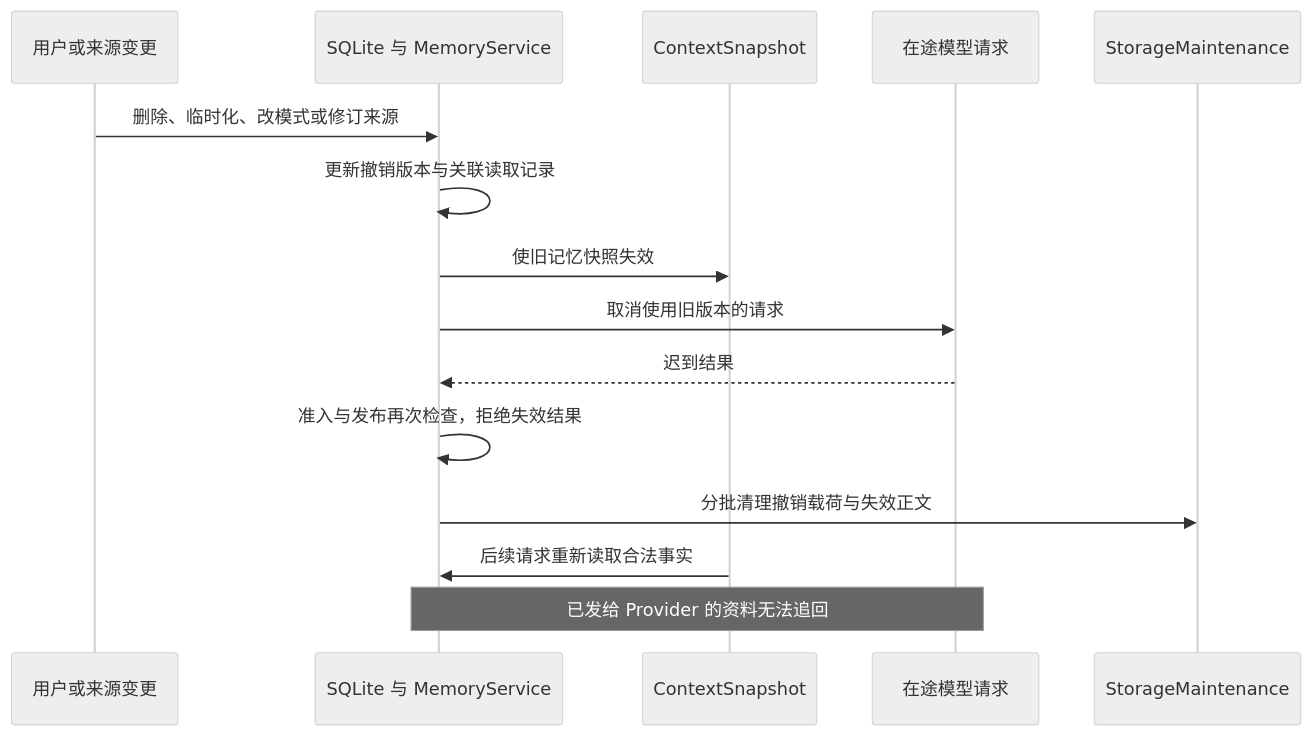
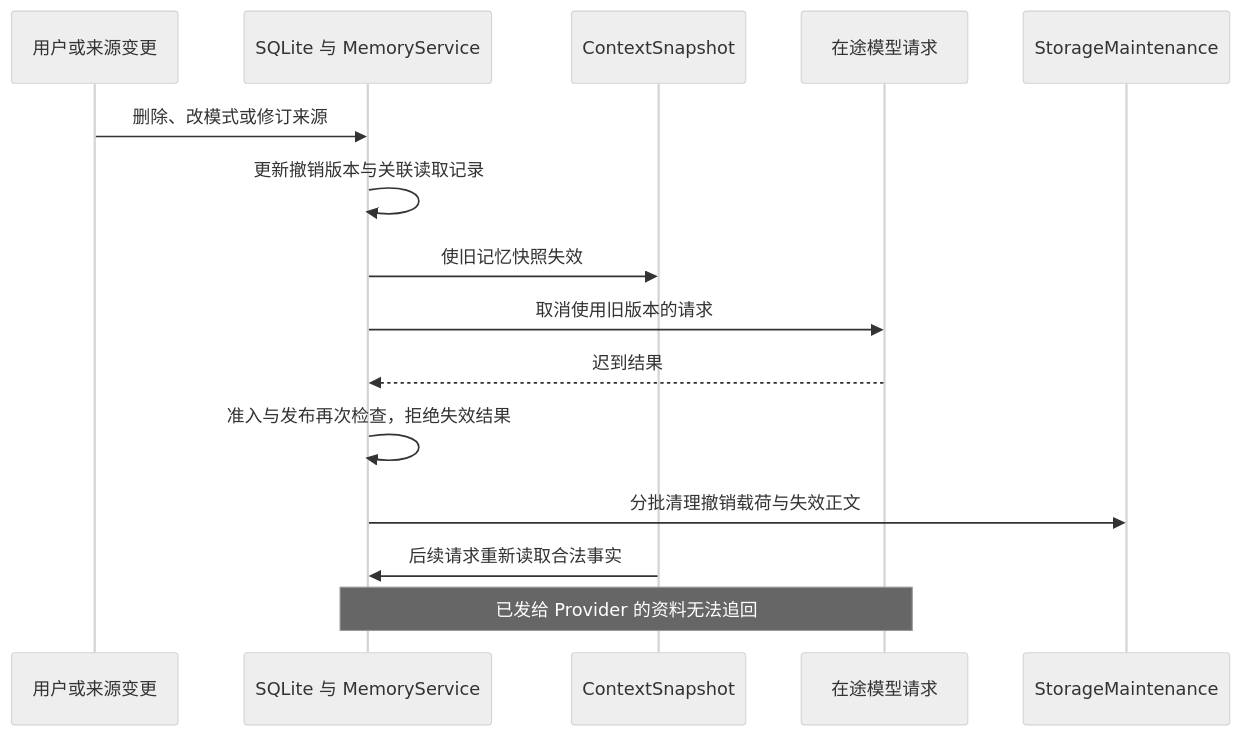
One commit to idy534/Eidos changed the diagram in docs/architecture/diagrams/07-memory-revocation.mmd. Above: the diagram before and after it, drawn with Mermaid (neutral theme). The commit also changed 47 other files, not shown here.

```diff
--- a/docs/architecture/diagrams/07-memory-revocation.mmd
+++ b/docs/architecture/diagrams/07-memory-revocation.mmd
@@ -1,15 +1,15 @@
 sequenceDiagram
   participant U as 用户或来源变更
   participant D as SQLite 与 MemoryService
   participant C as ContextSnapshot
   participant P as 在途模型请求
   participant M as StorageMaintenance
-  U->>D: 删除、临时化、改模式或修订来源
+  U->>D: 删除、改模式或修订来源
   D->>D: 更新撤销版本与关联读取记录
   D->>C: 使旧记忆快照失效
   D->>P: 取消使用旧版本的请求
   P-->>D: 迟到结果
   D->>D: 准入与发布再次检查，拒绝失效结果
   D->>M: 分批清理撤销载荷与失效正文
   C->>D: 后续请求重新读取合法事实
   Note over D,P: 已发给 Provider 的资料无法追回
```
